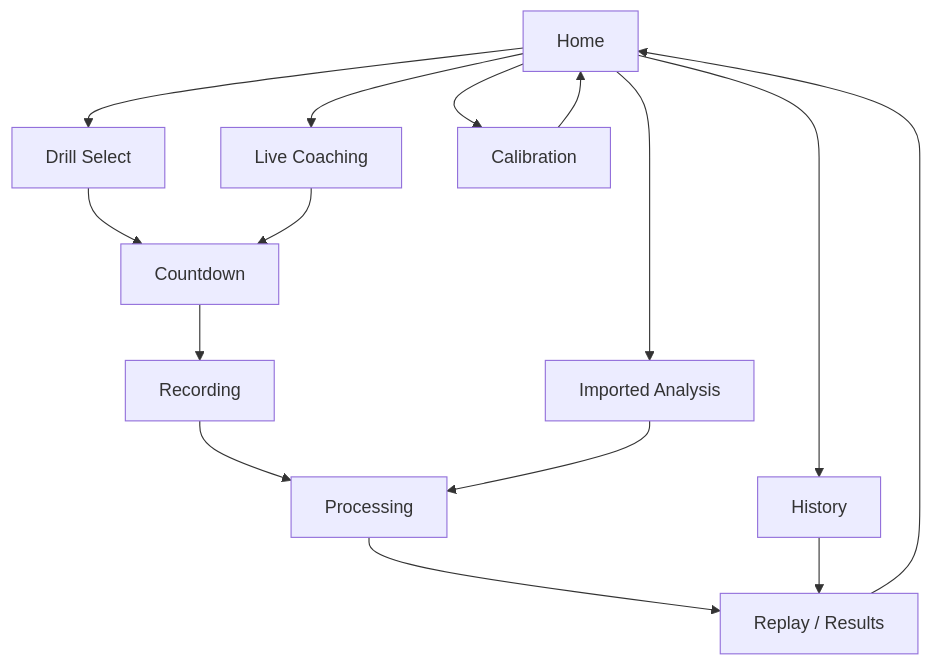
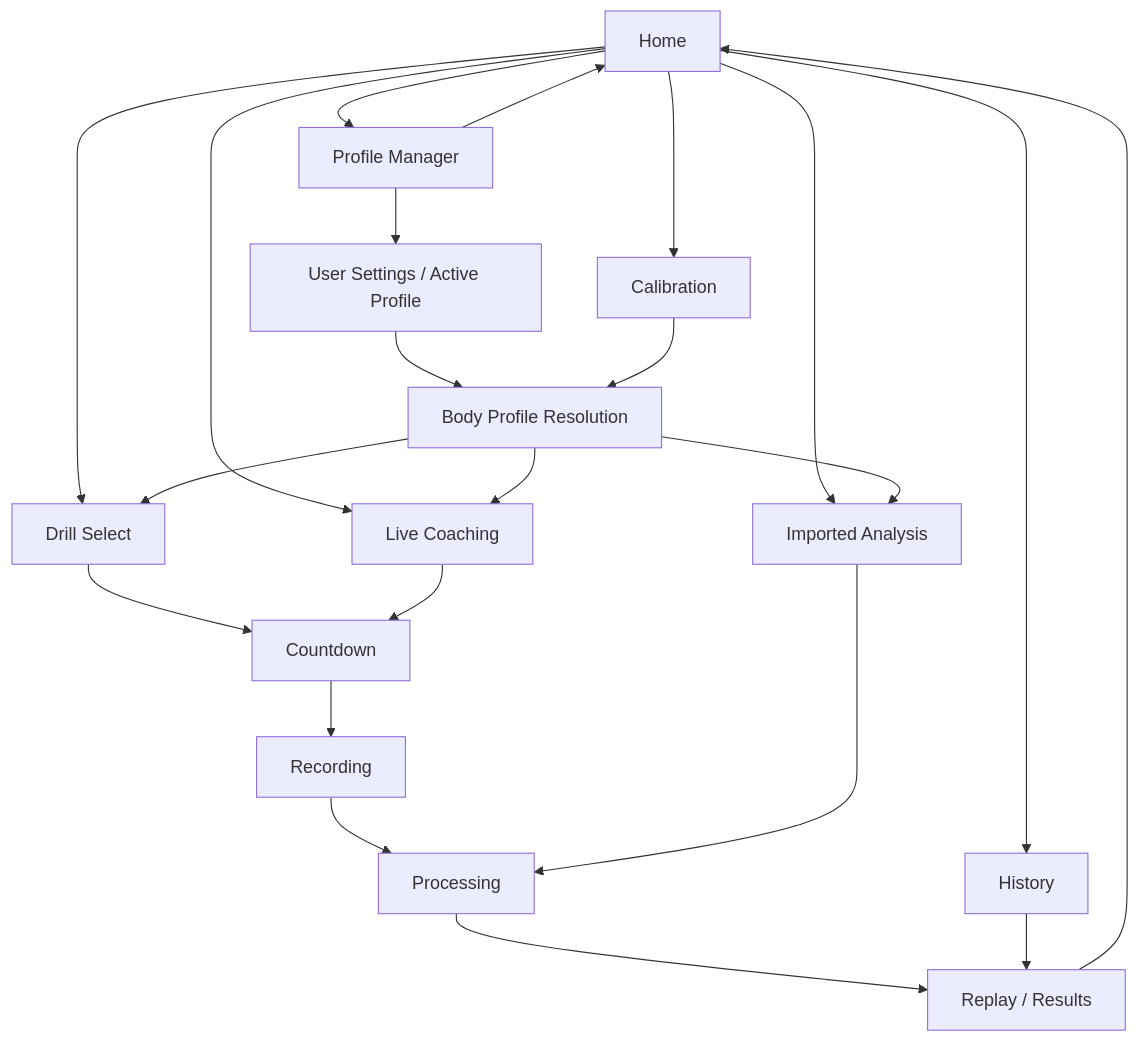
Before and after one commit to Voycepeh/CaliVision: the diagram in docs/diagrams/ui-flow.md, drawn with Mermaid. The commit also changed 5 other files, not shown here.

````diff
--- a/docs/diagrams/ui-flow.md
+++ b/docs/diagrams/ui-flow.md
@@ -3,30 +3,42 @@
 ```mermaid
 flowchart TD
   H[Home]
+  PM[Profile Manager]
   D[Drill Select]
   L[Live Coaching]
   C[Countdown]
   R[Recording]
   P[Processing]
   RS[Replay / Results]
   HI[History]
   U[Imported Analysis]
   CAL[Calibration]
 
+  US[User Settings / Active Profile]
+  BP[Body Profile Resolution]
+
+  H --> PM
   H --> D
   H --> L
   H --> U
   H --> HI
   H --> CAL
+
+  PM --> US
+  US --> BP
+  BP --> D
+  BP --> L
+  BP --> U
 
   D --> C
   L --> C
   C --> R
   R --> P
   P --> RS
 
   HI --> RS
   U --> P
-  CAL --> H
+  CAL --> BP
   RS --> H
+  PM --> H
 ```
````
